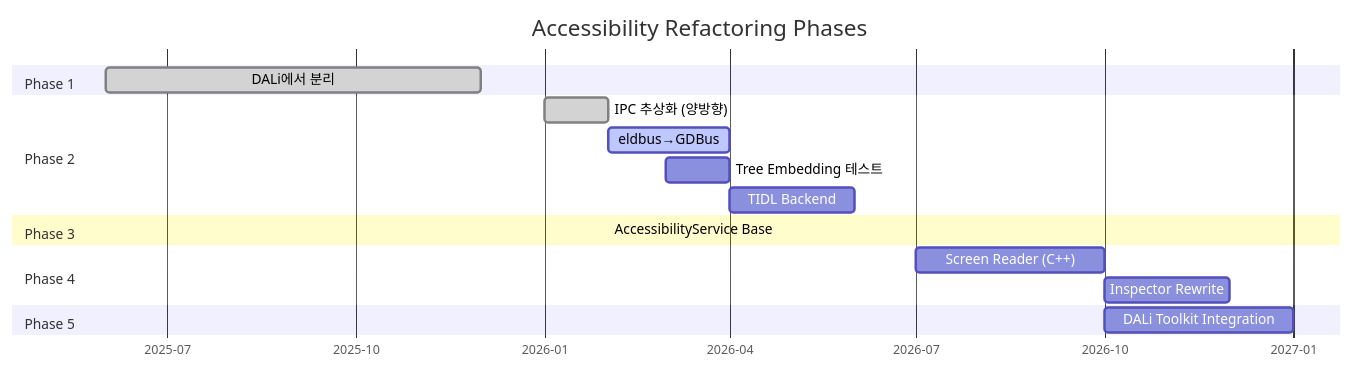
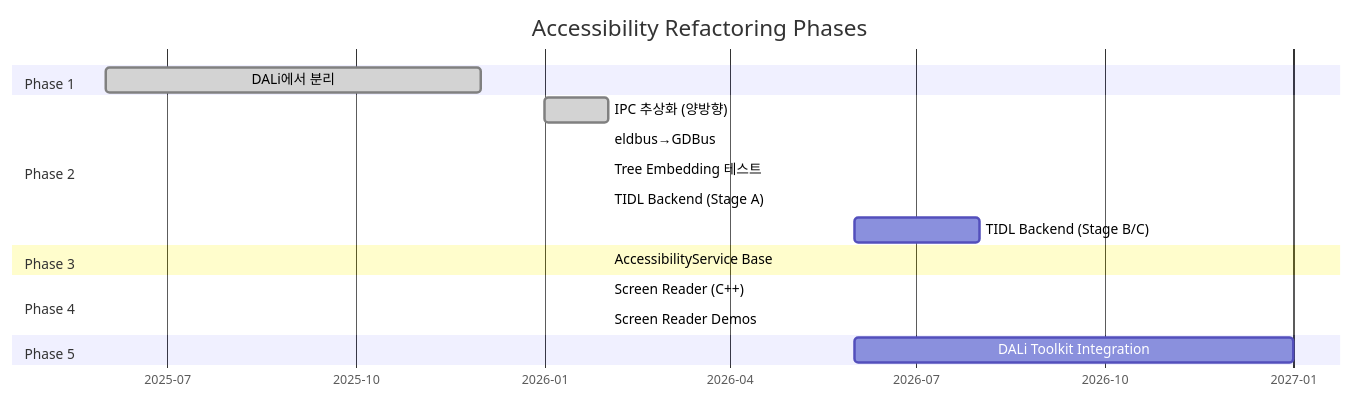
Before and after one commit to zard17/accessibility-common: the second of 14 diagrams in docs/architecture-overview.md, drawn with Mermaid. The commit also changed other lines of this file and 3 other files, not shown here.

First line of the commit message:
Refactor docs: reduce CLAUDE.md context, fix stale statuses in architecture doc

````diff
--- a/docs/architecture-overview.md
+++ b/docs/architecture-overview.md
@@ -37,25 +37,26 @@
 ```mermaid
 gantt
     title Accessibility Refactoring Phases
     dateFormat YYYY-MM
     axisFormat %Y-%m
 
     section Phase 1
     DALi에서 분리              :done, p1, 2025-06, 2025-12
 
     section Phase 2
     IPC 추상화 (양방향)          :done, p2, 2026-01, 2026-02
-    eldbus→GDBus               :active, p25, 2026-02, 2026-04
-    Tree Embedding 테스트        :p27, 2026-03, 2026-04
-    TIDL Backend               :p26, 2026-04, 2026-06
+    eldbus→GDBus               :done, p25, 2026-02, 2026-02
+    Tree Embedding 테스트        :done, p27, 2026-02, 2026-02
+    TIDL Backend (Stage A)      :done, p26a, 2026-02, 2026-02
+    TIDL Backend (Stage B/C)    :p26bc, 2026-06, 2026-08
 
     section Phase 3
     AccessibilityService Base   :done, p3, 2026-02, 2026-02
 
     section Phase 4
-    Screen Reader (C++)         :p4a, 2026-07, 2026-10
-    Inspector Rewrite           :p4b, 2026-10, 2026-12
+    Screen Reader (C++)         :done, p4a, 2026-02, 2026-02
+    Screen Reader Demos         :done, p45, 2026-02, 2026-02
 
     section Phase 5
-    DALi Toolkit Integration    :p5, 2026-10, 2027-01
+    DALi Toolkit Integration    :p5, 2026-06, 2027-01
 ```
````
